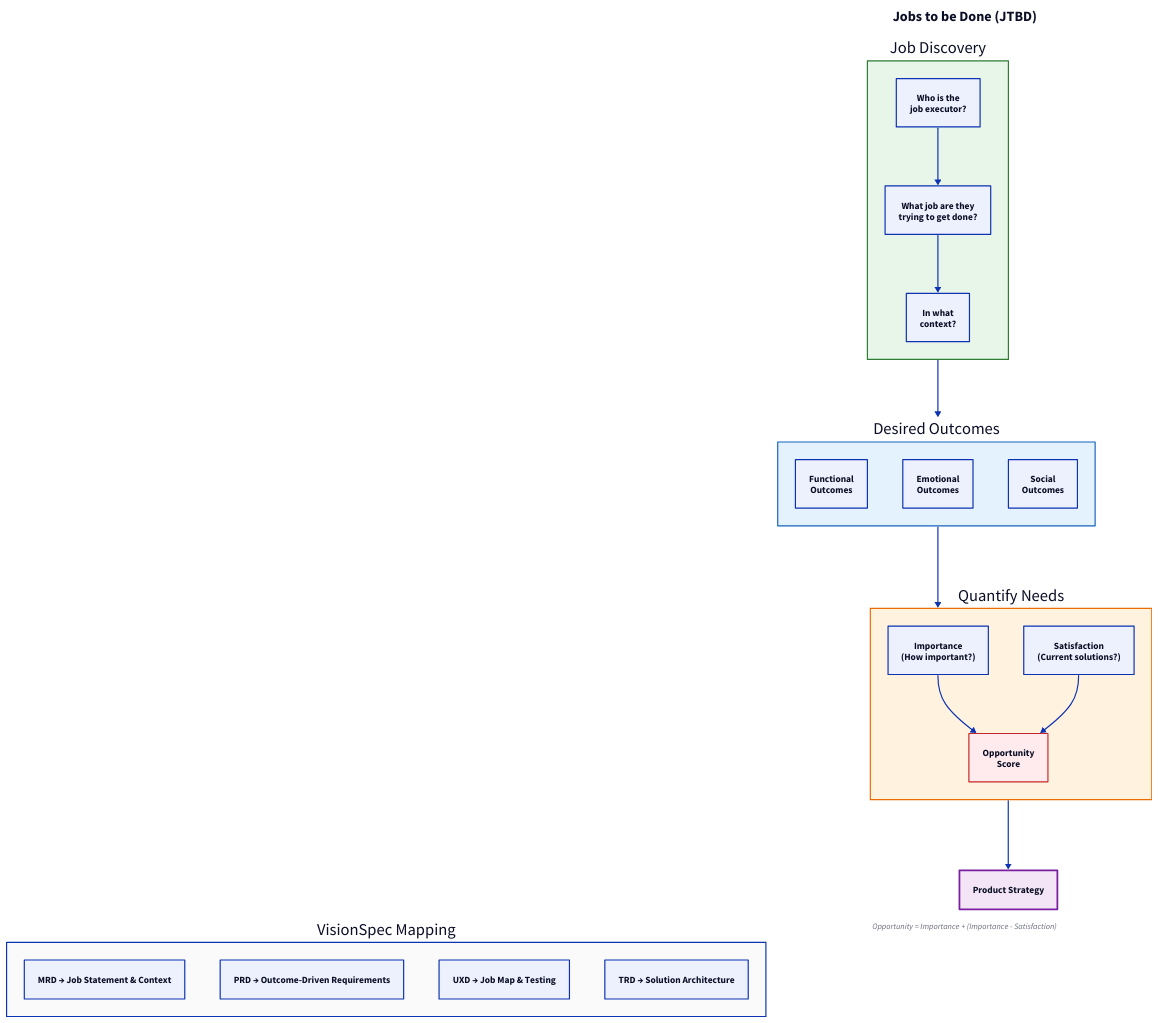
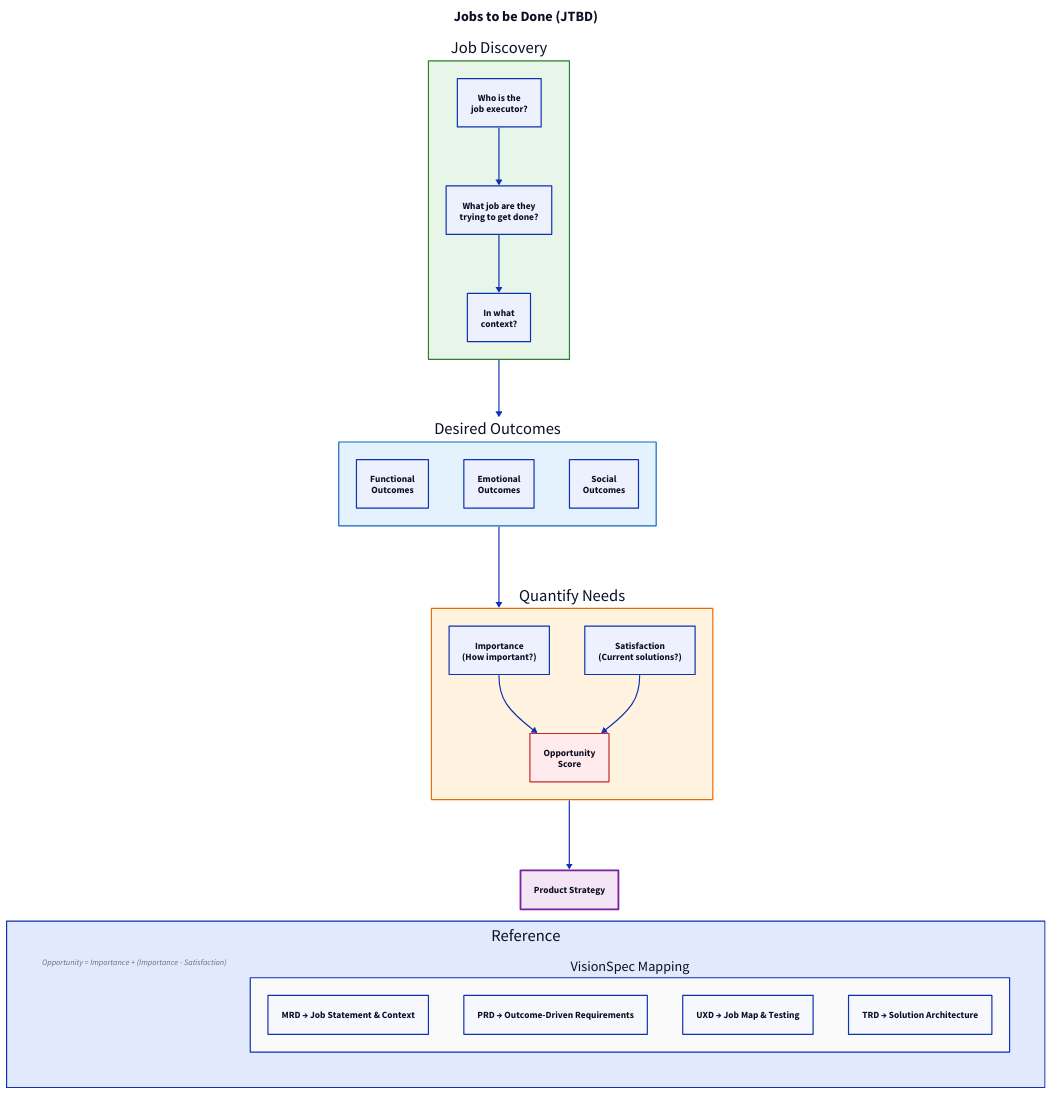
Before and after one commit to plexusone/multispec: the diagram in docs/diagrams/jtbd-flow.d2, drawn with D2. The commit also changed 7 other files, not shown here.

First line of the commit message:
fix(diagrams): correct legend positioning to bottom-center

```diff
--- a/docs/diagrams/jtbd-flow.d2
+++ b/docs/diagrams/jtbd-flow.d2
@@ -1,120 +1,126 @@
 # Jobs to be Done Flow
 # Layout: ELK
 
 direction: down
 
 title: {
   label: Jobs to be Done (JTBD)
   near: top-center
   shape: text
   style.font-size: 24
   style.bold: true
 }
 
 # Discovery Phase
 job_discovery: {
   label: Job Discovery
   style.fill: "#e8f5e9"
   style.stroke: "#2e7d32"
 
   executor: {
     label: Who is the\njob executor?
     shape: rectangle
   }
 
   job: {
     label: What job are they\ntrying to get done?
     shape: rectangle
   }
 
   context: {
     label: In what\ncontext?
     shape: rectangle
   }
 
   executor -> job -> context
 }
 
 # Outcome Discovery
 outcomes: {
   label: Desired Outcomes
   style.fill: "#e3f2fd"
   style.stroke: "#1565c0"
 
   functional: {
     label: Functional\nOutcomes
     shape: rectangle
   }
 
   emotional: {
     label: Emotional\nOutcomes
     shape: rectangle
   }
 
   social: {
     label: Social\nOutcomes
     shape: rectangle
   }
 }
 
 # Quantification
 quantify: {
   label: Quantify Needs
   style.fill: "#fff3e0"
   style.stroke: "#ef6c00"
 
   importance: {
     label: Importance\n(How important?)
     shape: rectangle
   }
 
   satisfaction: {
     label: Satisfaction\n(Current solutions?)
     shape: rectangle
   }
 
   opportunity: {
     label: Opportunity\nScore
     shape: rectangle
     style.fill: "#ffebee"
     style.stroke: "#c62828"
   }
 
   importance -> opportunity
   satisfaction -> opportunity
 }
 
 # Strategy
 strategy: {
   label: Product Strategy
   shape: rectangle
   style.fill: "#f3e5f5"
   style.stroke: "#7b1fa2"
   style.stroke-width: 3
 }
 
 # Flow
 job_discovery -> outcomes
 outcomes -> quantify
 quantify -> strategy
 
-# Formula
-formula: {
-  label: "Opportunity = Importance + (Importance - Satisfaction)"
-  shape: text
+# Footer - positioned below diagram
+footer: {
+  label: Reference
   near: bottom-center
-  style.font-size: 14
-  style.italic: true
+
+  grid-columns: 2
+
+  # Formula
+  formula: {
+    label: "Opportunity = Importance + (Importance - Satisfaction)"
+    shape: text
+    style.font-size: 14
+    style.italic: true
+  }
+
+  # VisionSpec Mapping
+  mapping: {
+    label: VisionSpec Mapping
+    style.fill: "#fafafa"
+
+    mrd_map: "MRD → Job Statement & Context"
+    prd_map: "PRD → Outcome-Driven Requirements"
+    uxd_map: "UXD → Job Map & Testing"
+    trd_map: "TRD → Solution Architecture"
+  }
 }
-
-# VisionSpec Mapping
-mapping: {
-  label: VisionSpec Mapping
-  near: bottom-left
-  style.fill: "#fafafa"
-
-  mrd_map: "MRD → Job Statement & Context"
-  prd_map: "PRD → Outcome-Driven Requirements"
-  uxd_map: "UXD → Job Map & Testing"
-  trd_map: "TRD → Solution Architecture"
-}
```
